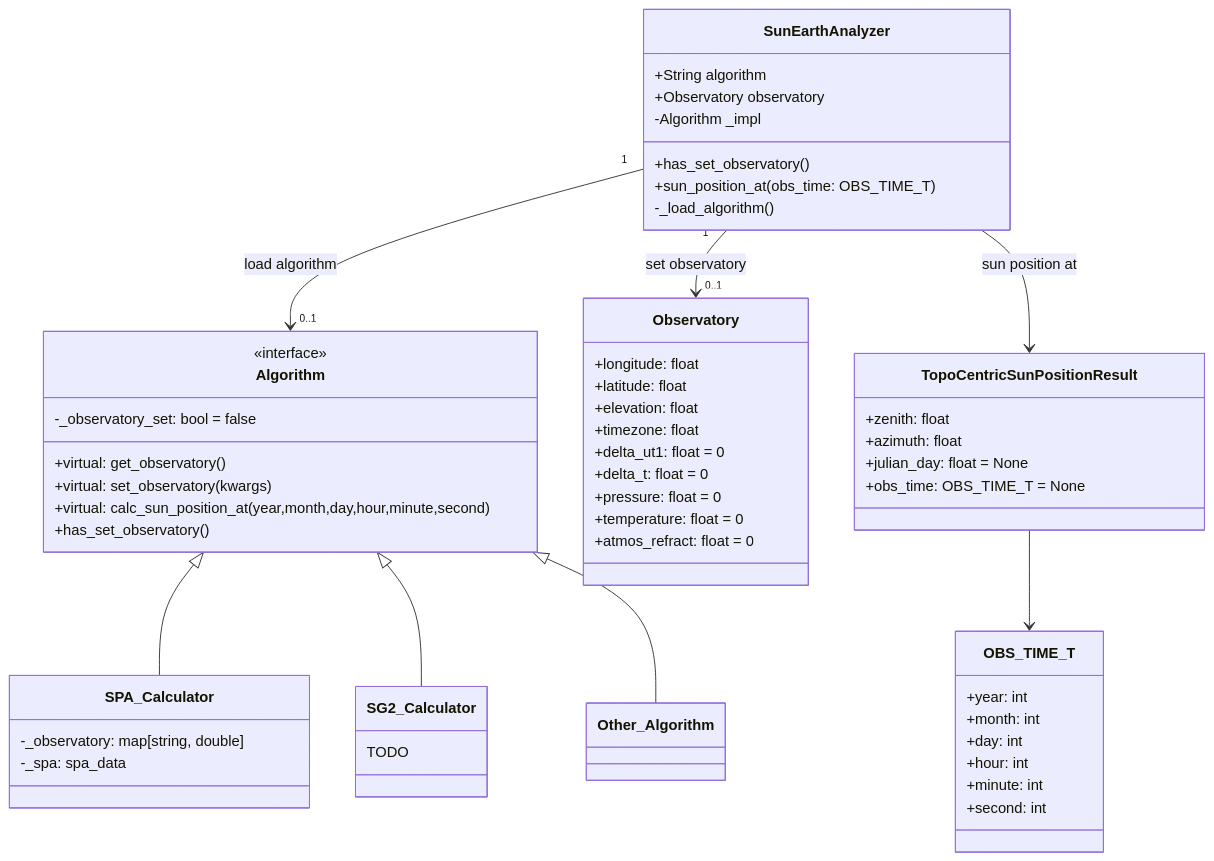
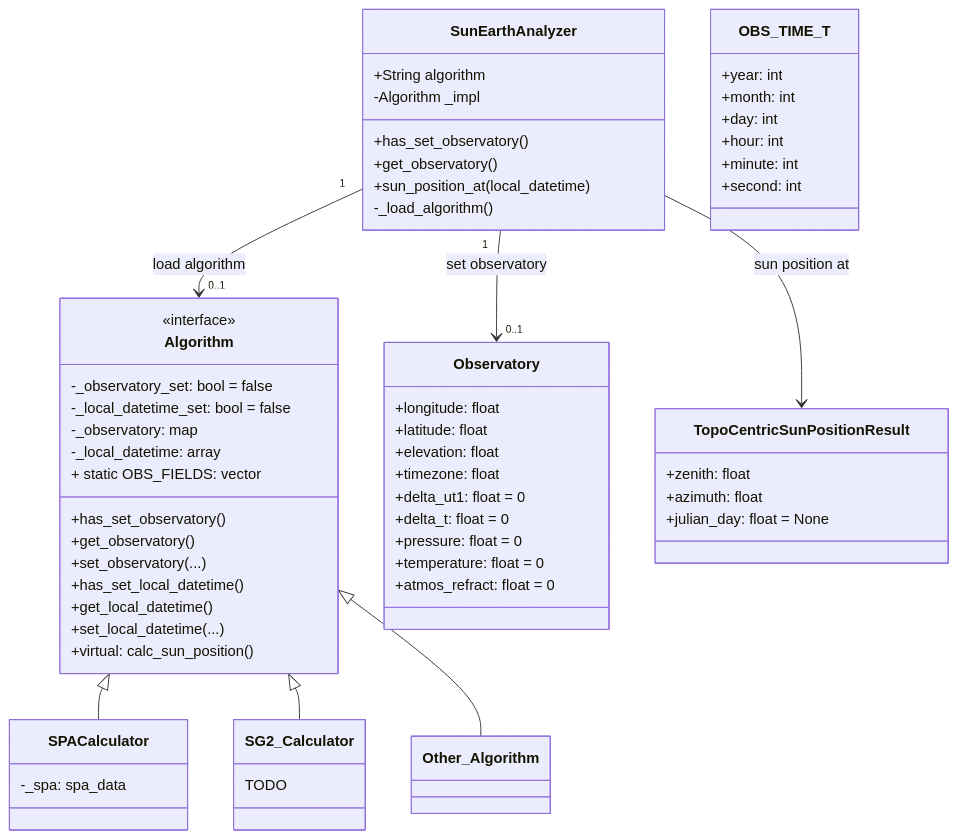
Before and after one commit to mikesongming/SE-Geometry: the third of 3 diagrams in docs/dev-guide/dev-guide.md, drawn with Mermaid. The commit also changed other lines of this file and 17 other files, not shown here.

````diff
--- a/docs/dev-guide/dev-guide.md
+++ b/docs/dev-guide/dev-guide.md
@@ -102,60 +106,64 @@
 ``` mermaid
 classDiagram
     SunEarthAnalyzer "1" --> "0..1" Algorithm: load algorithm
     SunEarthAnalyzer "1" --> "0..1" Observatory: set observatory
     SunEarthAnalyzer --> TopoCentricSunPositionResult: sun position at
-    Algorithm <|-- SPA_Calculator
+    Algorithm <|-- SPACalculator
     Algorithm <|-- SG2_Calculator
     Algorithm <|-- Other_Algorithm
-    TopoCentricSunPositionResult --> OBS_TIME_T
     class SunEarthAnalyzer {
         +String algorithm
-        +Observatory observatory
         -Algorithm _impl
         +has_set_observatory()
-        +sun_position_at(obs_time: OBS_TIME_T)
+        +get_observatory()
+        +sun_position_at(local_datetime)
         -_load_algorithm()
     }
     class Algorithm {
         -_observatory_set: bool = false
-        +virtual: get_observatory()
-        +virtual: set_observatory(kwargs)
-        +virtual: calc_sun_position_at(year,month,day,hour,minute,second)
+        -_local_datetime_set: bool = false
+        -_observatory: map<string, double>
+        -_local_datetime: array<int>
+        + static OBS_FIELDS: vector<string>
         +has_set_observatory()
+        +get_observatory()
+        +set_observatory(...)
+        +has_set_local_datetime()
+        +get_local_datetime()
+        +set_local_datetime(...)
+        +virtual: calc_sun_position()
     }
     <<interface>> Algorithm
-    class SPA_Calculator {
-        -_observatory: map[string, double]
+    class SPACalculator {
         -_spa: spa_data
 
     }
     class SG2_Calculator {
         TODO
     }
     class Observatory {
         +longitude: float
         +latitude: float
         +elevation: float
         +timezone: float
         +delta_ut1: float = 0
         +delta_t: float = 0
         +pressure: float = 0
         +temperature: float = 0
         +atmos_refract: float = 0
     }
 
     class OBS_TIME_T {
         +year: int
         +month: int
         +day: int
         +hour: int
         +minute: int
         +second: int
     }
     class TopoCentricSunPositionResult {
         +zenith: float
         +azimuth: float
         +julian_day: float = None
-        +obs_time: OBS_TIME_T = None
     }
 ```
````
